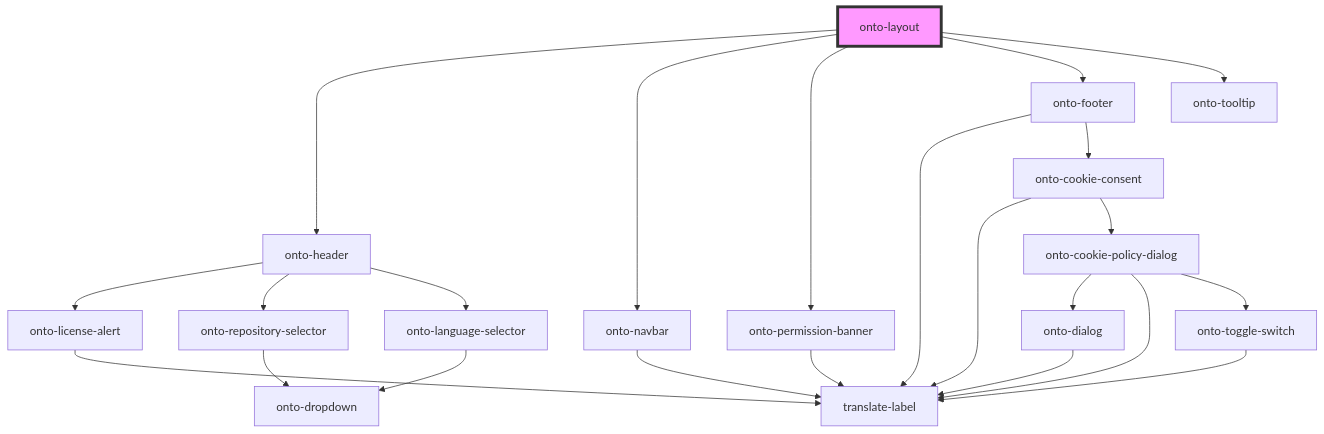
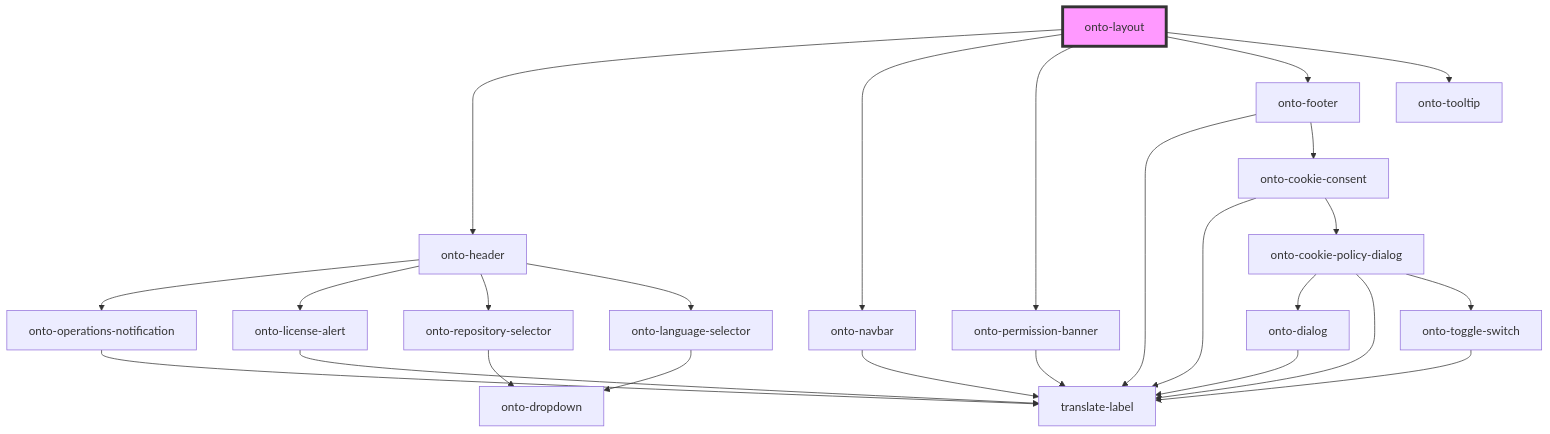
The diagram in packages/shared-components/src/components/onto-layout/readme.md (Ontotext-AD/graphdb-workbench), drawn with Mermaid before and after one commit. The commit also changed 50 other files, not shown here.

````diff
--- a/packages/shared-components/src/components/onto-layout/readme.md
+++ b/packages/shared-components/src/components/onto-layout/readme.md
@@ -19,26 +19,28 @@
 ```mermaid
 graph TD;
   onto-layout --> onto-header
   onto-layout --> onto-navbar
   onto-layout --> onto-permission-banner
   onto-layout --> onto-footer
   onto-layout --> onto-tooltip
+  onto-header --> onto-operations-notification
   onto-header --> onto-license-alert
   onto-header --> onto-repository-selector
   onto-header --> onto-language-selector
+  onto-operations-notification --> translate-label
   onto-license-alert --> translate-label
   onto-repository-selector --> onto-dropdown
   onto-language-selector --> onto-dropdown
   onto-navbar --> translate-label
   onto-permission-banner --> translate-label
   onto-footer --> translate-label
   onto-footer --> onto-cookie-consent
   onto-cookie-consent --> translate-label
   onto-cookie-consent --> onto-cookie-policy-dialog
   onto-cookie-policy-dialog --> onto-dialog
   onto-cookie-policy-dialog --> translate-label
   onto-cookie-policy-dialog --> onto-toggle-switch
   onto-dialog --> translate-label
   onto-toggle-switch --> translate-label
   style onto-layout fill:#f9f,stroke:#333,stroke-width:4px
 ```
````
